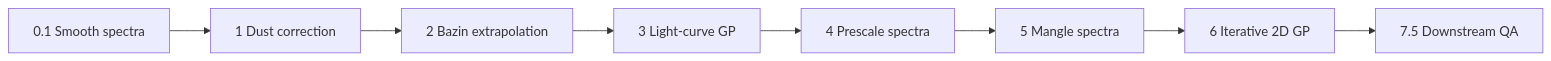
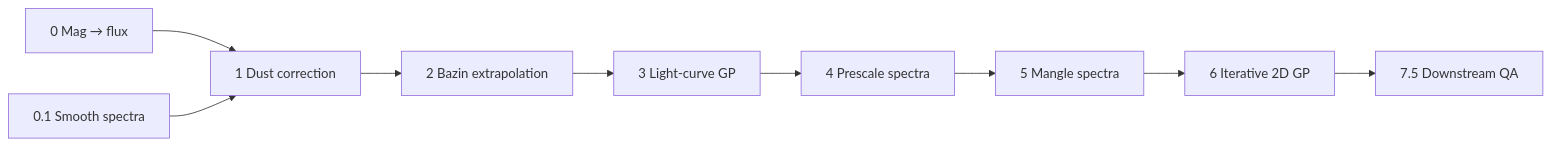
One commit to ravkaur20/kn-sed-pipeline changed the diagram in README.md. Above: the diagram before and after it, drawn with Mermaid. The commit also changed other lines of this file and 6 other files, not shown here.

First line of the commit message:
Document step 0 (mag -> flux at pivot wavelength) across the docs

````diff
--- a/README.md
+++ b/README.md
@@ -142,13 +160,15 @@
 ```mermaid
 flowchart LR
+  s0["0 Mag → flux"]
   nb01["0.1 Smooth spectra"]
   nb1["1 Dust correction"]
   nb2["2 Bazin extrapolation"]
   s3["3 Light-curve GP"]
   s4["4 Prescale spectra"]
   s5["5 Mangle spectra"]
   s6["6 Iterative 2D GP"]
   qa["7.5 Downstream QA"]
 
+  s0 --> nb1
   nb01 --> nb1 --> nb2 --> s3 --> s4 --> s5 --> s6 --> qa
 ```
````
